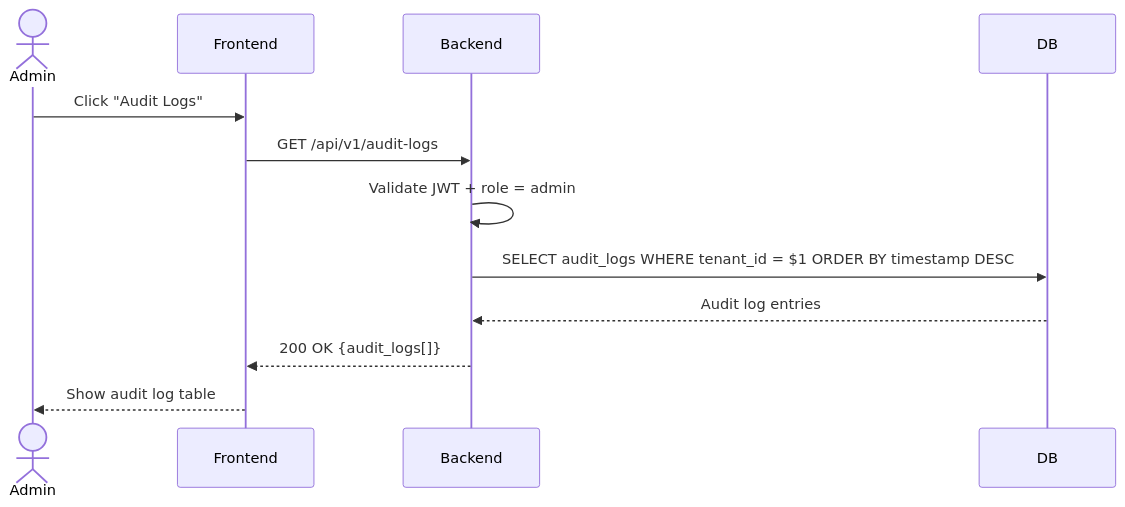
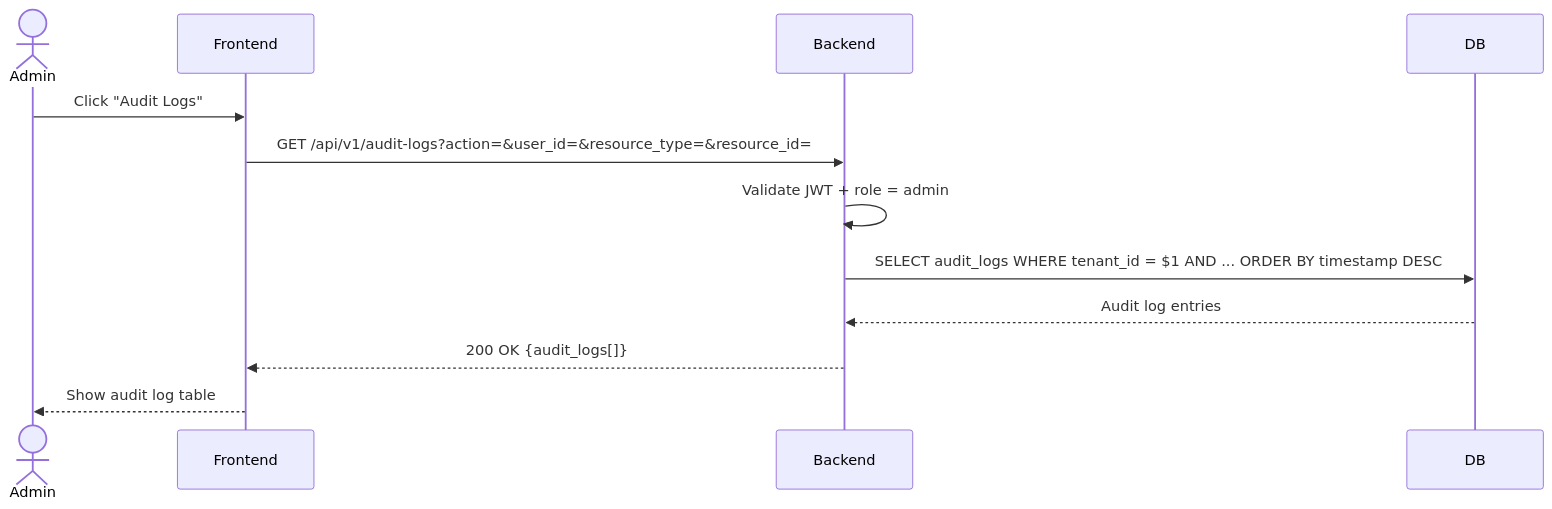
Before and after one commit to Acauhi99/med-vault: the seventh of 8 diagrams in docs/diagrams/admin-workflow.md, drawn with Mermaid. The commit also changed other lines of this file and 5 other files, not shown here.

First line of the commit message:
docs: sync architecture and frontend docs

````diff
--- a/docs/diagrams/admin-workflow.md
+++ b/docs/diagrams/admin-workflow.md
@@ -150,15 +150,15 @@
 ```mermaid
 sequenceDiagram
     actor Admin
     participant Frontend
     participant Backend
     participant DB
 
     Admin->>Frontend: Click "Audit Logs"
-    Frontend->>Backend: GET /api/v1/audit-logs
+    Frontend->>Backend: GET /api/v1/audit-logs?action=&user_id=&resource_type=&resource_id=
     Backend->>Backend: Validate JWT + role = admin
-    Backend->>DB: SELECT audit_logs WHERE tenant_id = $1 ORDER BY timestamp DESC
+    Backend->>DB: SELECT audit_logs WHERE tenant_id = $1 AND ... ORDER BY timestamp DESC
     DB-->>Backend: Audit log entries
     Backend-->>Frontend: 200 OK {audit_logs[]}
     Frontend-->>Admin: Show audit log table
 ```
````
